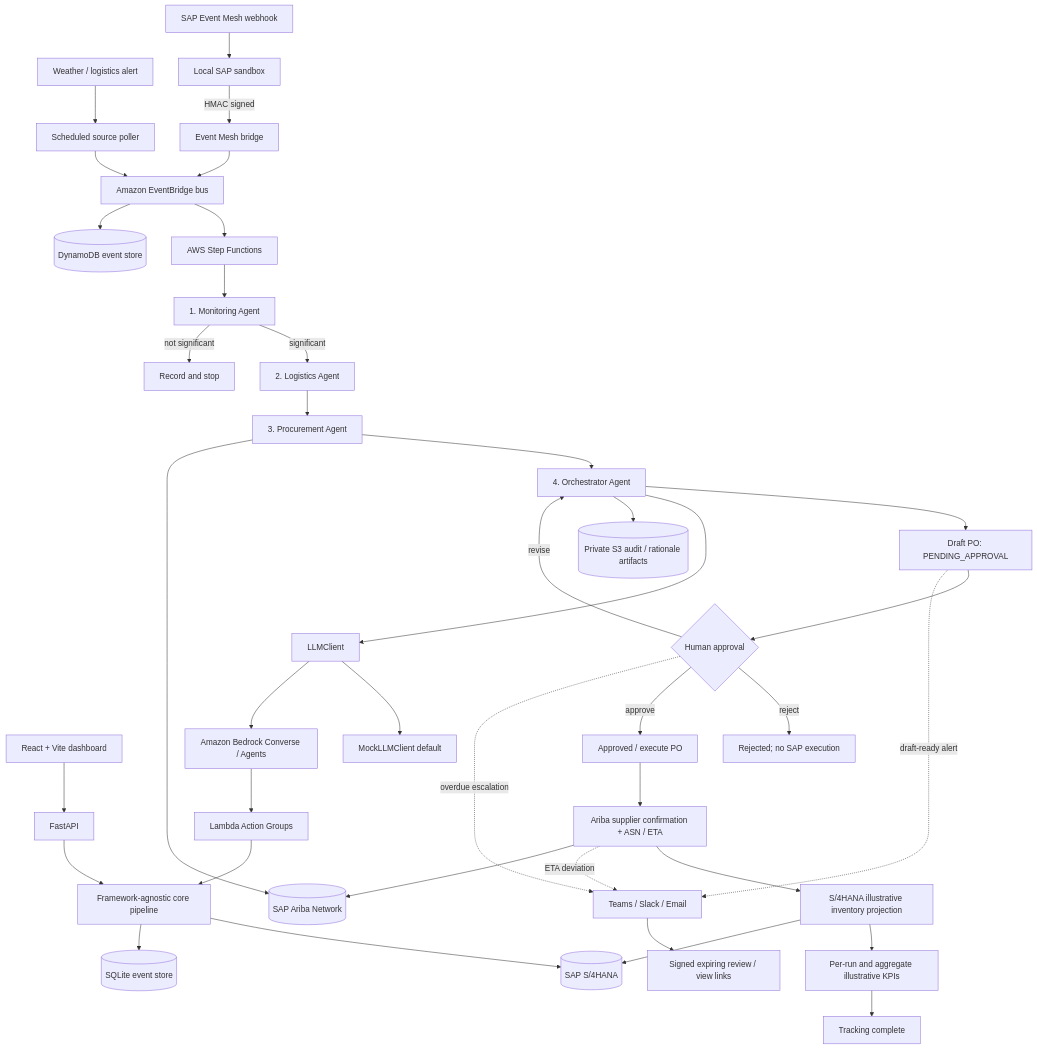
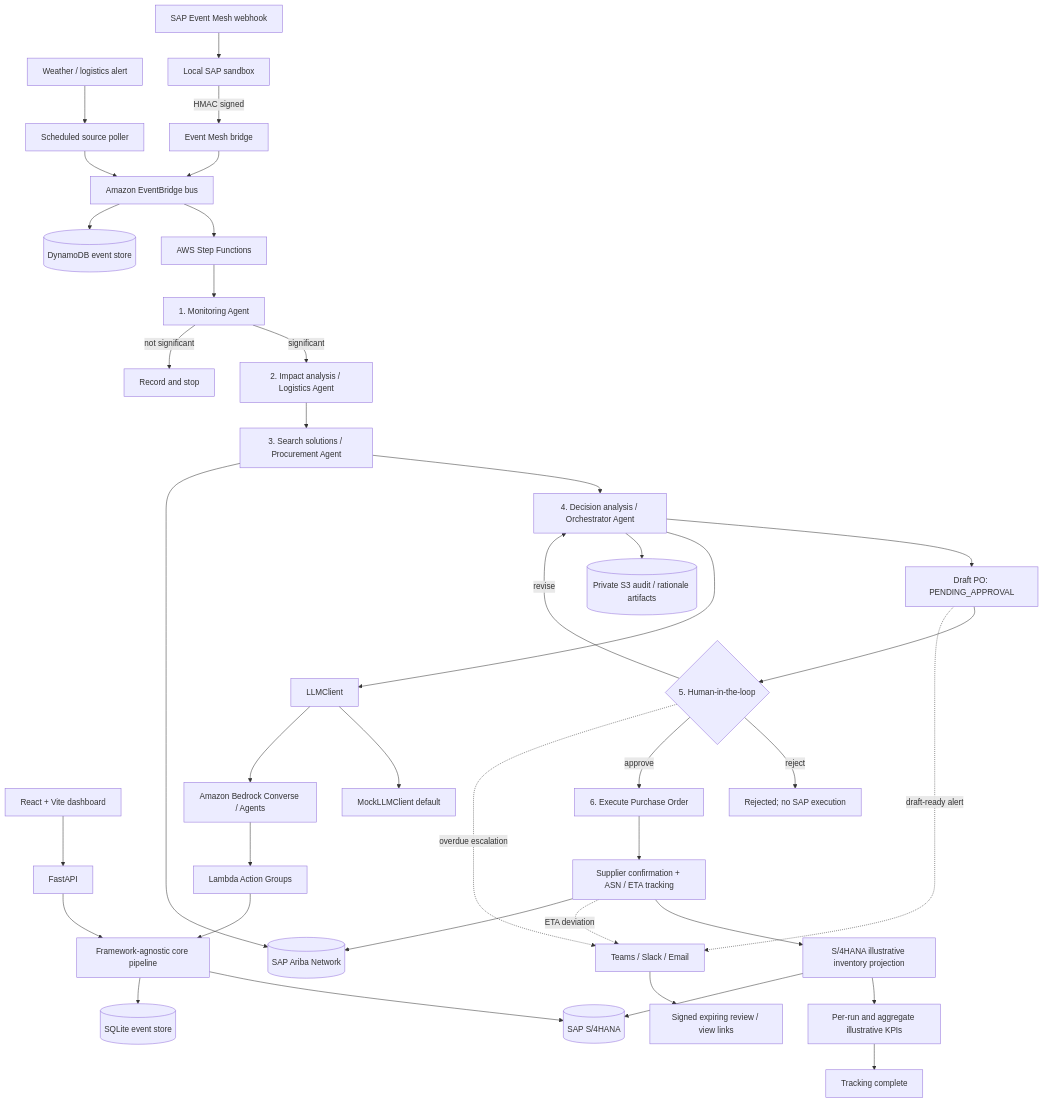
Before and after one commit to Erlangga31/ChainMind: the diagram in docs/architecture.md, drawn with Mermaid. The commit also changed other lines of this file and 10 other files, not shown here.

````diff
--- a/docs/architecture.md
+++ b/docs/architecture.md
@@ -5,41 +5,41 @@
 ```mermaid
 flowchart TD
     Ext[Weather / logistics alert] --> Poller[Scheduled source poller]
     Poller --> EB[Amazon EventBridge bus]
     SAPEvents[SAP Event Mesh webhook] --> Sandbox[Local SAP sandbox]
     Sandbox -->|HMAC signed| Bridge[Event Mesh bridge]
     Bridge --> EB
     UI[React + Vite dashboard] --> API[FastAPI]
     API --> Core[Framework-agnostic core pipeline]
     EB --> SF[AWS Step Functions]
     SF --> M[1. Monitoring Agent]
-    M -->|significant| L[2. Logistics Agent]
+    M -->|significant| L[2. Impact analysis / Logistics Agent]
     M -->|not significant| Stop[Record and stop]
-    L --> P[3. Procurement Agent]
-    P --> O[4. Orchestrator Agent]
+    L --> P[3. Search solutions / Procurement Agent]
+    P --> O[4. Decision analysis / Orchestrator Agent]
     O --> Draft[Draft PO: PENDING_APPROVAL]
-    Draft --> Human{Human approval}
+    Draft --> Human{5. Human-in-the-loop}
     Human -->|revise| O
     Human -->|reject| Rejected[Rejected; no SAP execution]
-    Human -->|approve| Execute[Approved / execute PO]
-    Execute --> Track[Ariba supplier confirmation + ASN / ETA]
+    Human -->|approve| Execute[6. Execute Purchase Order]
+    Execute --> Track[Supplier confirmation + ASN / ETA tracking]
     Track --> Projection[S/4HANA illustrative inventory projection]
     Projection --> KPIs[Per-run and aggregate illustrative KPIs]
     KPIs --> Done[Tracking complete]
     Draft -. draft-ready alert .-> Notify[Teams / Slack / Email]
     Human -. overdue escalation .-> Notify
     Track -. ETA deviation .-> Notify
     Notify --> Links[Signed expiring review / view links]
     Core --> SAP[(SAP S/4HANA)]
     P --> Ariba[(SAP Ariba Network)]
     Track --> Ariba
     Projection --> SAP
     O --> LLM[LLMClient]
     LLM --> MockLLM[MockLLMClient default]
     LLM --> Bedrock[Amazon Bedrock Converse / Agents]
     Bedrock --> Actions[Lambda Action Groups]
     Actions --> Core
     Core --> Store[(SQLite event store)]
     EB --> StoreAWS[(DynamoDB event store)]
     O --> Audit[(Private S3 audit / rationale artifacts)]
 ```
````
